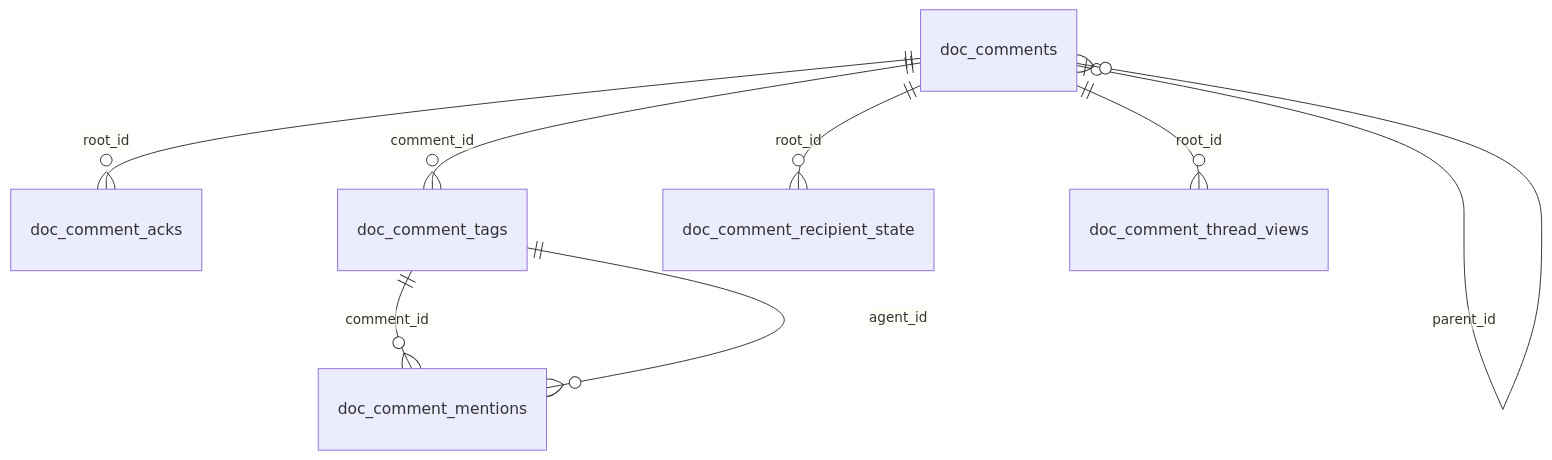
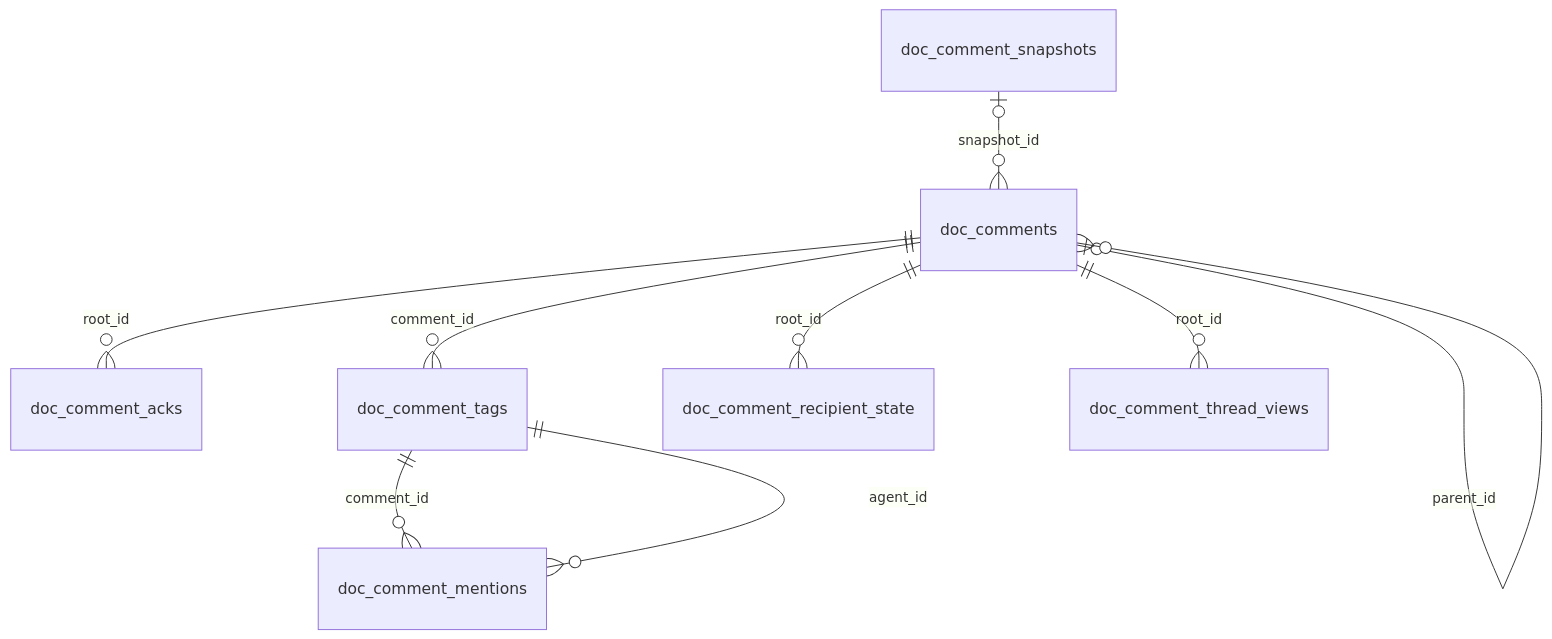
The second of 4 diagrams in docs/reference/data-model/documents-and-artifacts.md (cebertowicz/corsia), drawn with Mermaid before and after one commit. The commit also changed other lines of this file, not shown here.

Commit message:
Update comment snapshot data model reference

````diff
--- a/docs/reference/data-model/documents-and-artifacts.md
+++ b/docs/reference/data-model/documents-and-artifacts.md
@@ -19,10 +19,11 @@
 ```mermaid
 erDiagram
     doc_comments ||--o{ doc_comment_acks : root_id
     doc_comment_tags ||--o{ doc_comment_mentions : comment_id
     doc_comment_tags ||--o{ doc_comment_mentions : agent_id
     doc_comments ||--o{ doc_comment_recipient_state : root_id
     doc_comments ||--o{ doc_comment_tags : comment_id
     doc_comments ||--o{ doc_comment_thread_views : root_id
+    doc_comment_snapshots o|--o{ doc_comments : snapshot_id
     doc_comments o|--o{ doc_comments : parent_id
 ```
````
